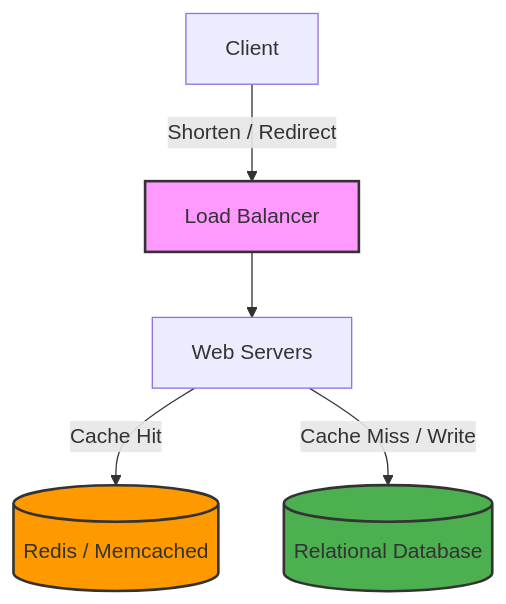
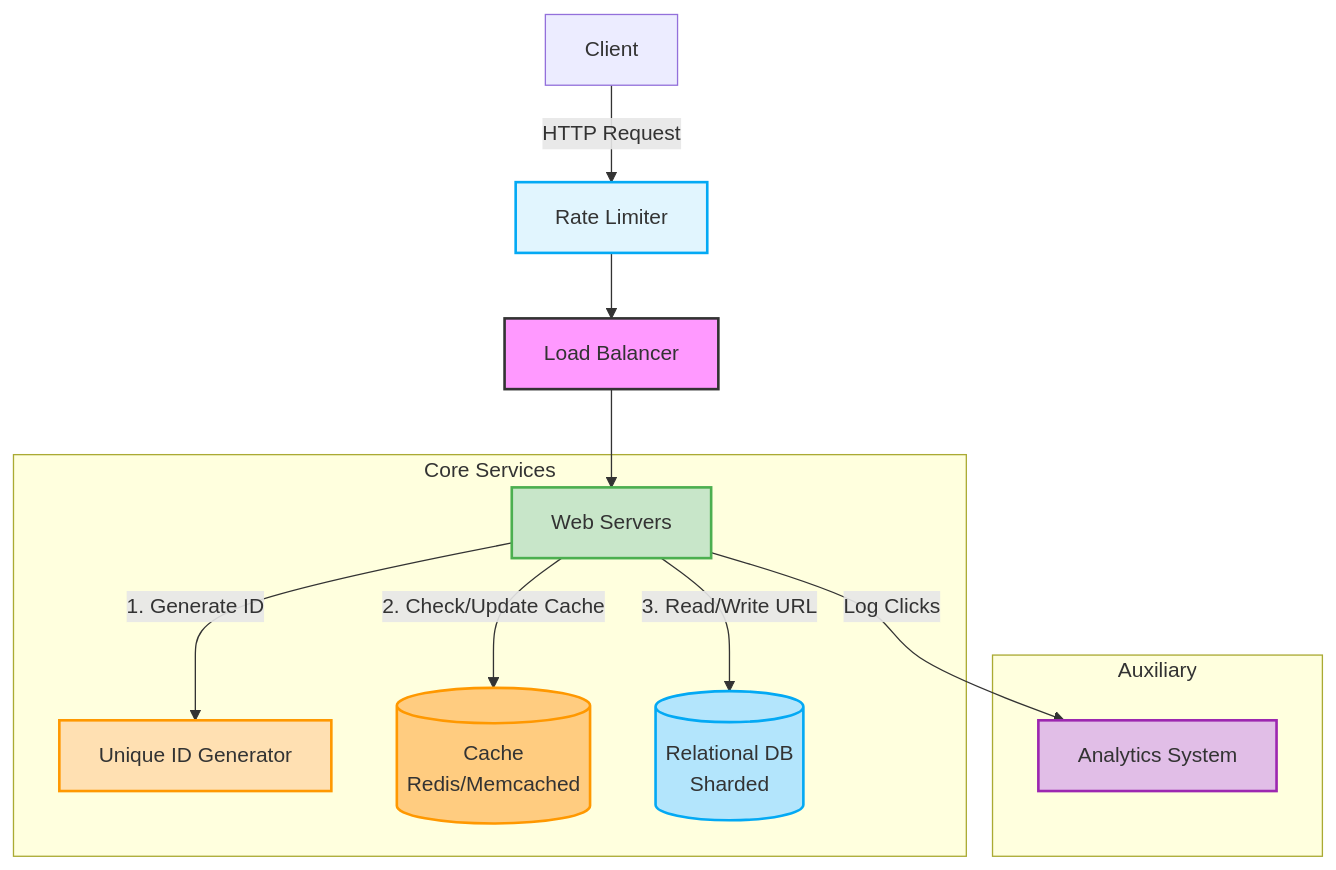
One commit to KiranTamboli/System_design changed the diagram in Articles/28_URL_Shortening_Service.md. Above: the diagram before and after it, drawn with Mermaid.

Commit message:
docs: enhance URL shortener architecture diagram

````diff
--- a/Articles/28_URL_Shortening_Service.md
+++ b/Articles/28_URL_Shortening_Service.md
@@ -30,11 +30,24 @@
 ```mermaid
 graph TD
-    Client[Client] -->|Shorten / Redirect| LB[Load Balancer]
+    Client[Client] -->|HTTP Request| RateLimit[Rate Limiter]
+    RateLimit --> LB[Load Balancer]
     LB --> Web[Web Servers]
-    Web -->|Cache Hit| Cache[(Redis / Memcached)]
-    Web -->|Cache Miss / Write| DB[(Relational Database)]
     
+    subgraph Core Services
+        Web -->|1. Generate ID| IDGen[Unique ID Generator]
+        Web -->|2. Check/Update Cache| Cache[(Cache <br> Redis/Memcached)]
+        Web -->|3. Read/Write URL| DB[(Relational DB <br> Sharded)]
+    end
+    
+    subgraph Auxiliary
+        Web -->|Log Clicks| Analytics[Analytics System]
+    end
+    
+    style RateLimit fill:#e1f5fe,stroke:#03a9f4,stroke-width:2px;
     style LB fill:#f9f,stroke:#333,stroke-width:2px;
-    style Cache fill:#ff9900,stroke:#333,stroke-width:2px;
-    style DB fill:#4caf50,stroke:#333,stroke-width:2px;
+    style Web fill:#c8e6c9,stroke:#4caf50,stroke-width:2px;
+    style IDGen fill:#ffe0b2,stroke:#ff9800,stroke-width:2px;
+    style Cache fill:#ffcc80,stroke:#ff9800,stroke-width:2px;
+    style DB fill:#b3e5fc,stroke:#03a9f4,stroke-width:2px;
+    style Analytics fill:#e1bee7,stroke:#9c27b0,stroke-width:2px;
 ```
````
